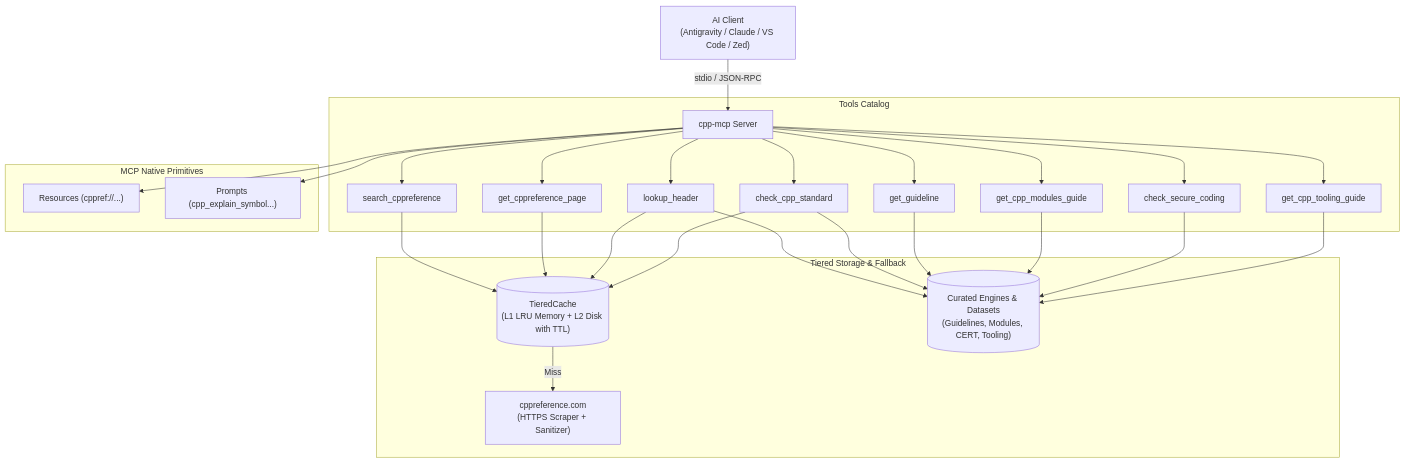
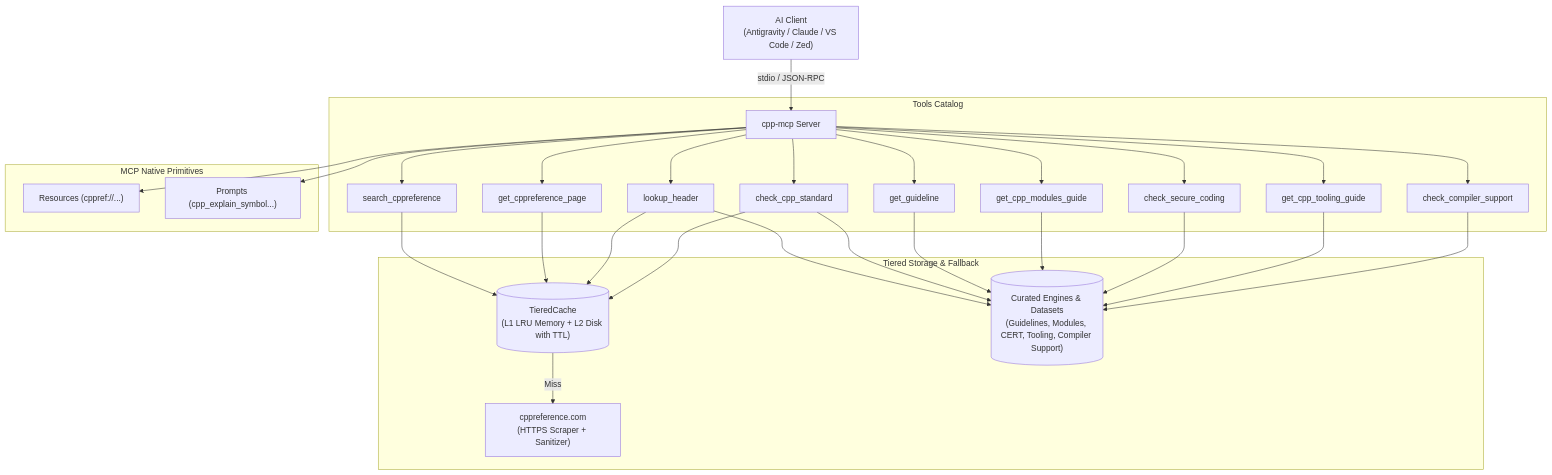
Before and after one commit to CHOCEK-RB/cpp-mcp: the diagram in README.md, drawn with Mermaid. The commit also changed other lines of this file and 8 other files, not shown here.

Commit message:
feat(tools): add check_compiler_support tool with segment version comparison

````diff
--- a/README.md
+++ b/README.md
@@ -17,26 +17,27 @@
 ```mermaid
 flowchart TD
     Client["AI Client\n(Antigravity / Claude / VS Code / Zed)"] -- stdio / JSON-RPC --> Server["cpp-mcp Server"]
     
     subgraph Tools ["Tools Catalog"]
         Server --> T1["search_cppreference"]
         Server --> T2["get_cppreference_page"]
         Server --> T3["lookup_header"]
         Server --> T4["check_cpp_standard"]
         Server --> T5["get_guideline"]
         Server --> T6["get_cpp_modules_guide"]
         Server --> T7["check_secure_coding"]
         Server --> T8["get_cpp_tooling_guide"]
+        Server --> T9["check_compiler_support"]
     end
 
     subgraph Primitives ["MCP Native Primitives"]
         Server --> Res["Resources (cppref://...)"]
         Server --> Prm["Prompts (cpp_explain_symbol...)"]
     end
 
     subgraph Storage ["Tiered Storage & Fallback"]
         T1 & T2 & T3 & T4 --> Cache[("TieredCache\n(L1 LRU Memory + L2 Disk with TTL)")]
-        T3 & T4 & T5 & T6 & T7 & T8 --> StaticIdx[("Curated Engines & Datasets\n(Guidelines, Modules, CERT, Tooling)")]
+        T3 & T4 & T5 & T6 & T7 & T8 & T9 --> StaticIdx[("Curated Engines & Datasets\n(Guidelines, Modules, CERT, Tooling, Compiler Support)")]
         Cache -- Miss --> Web["cppreference.com\n(HTTPS Scraper + Sanitizer)"]
     end
 ```
````
